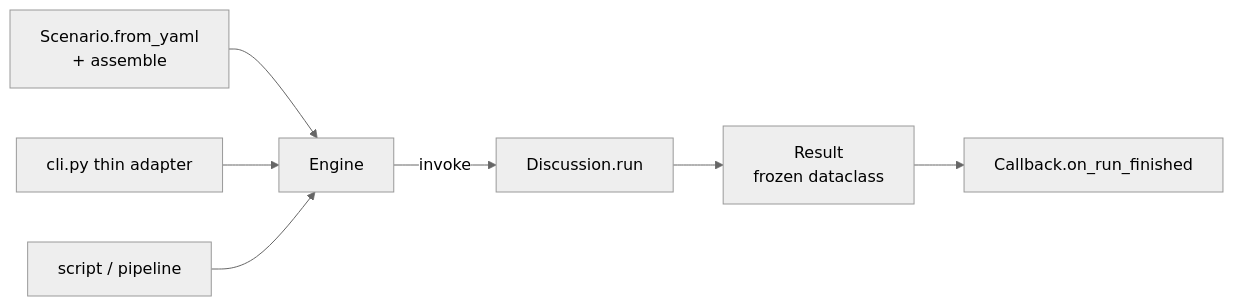
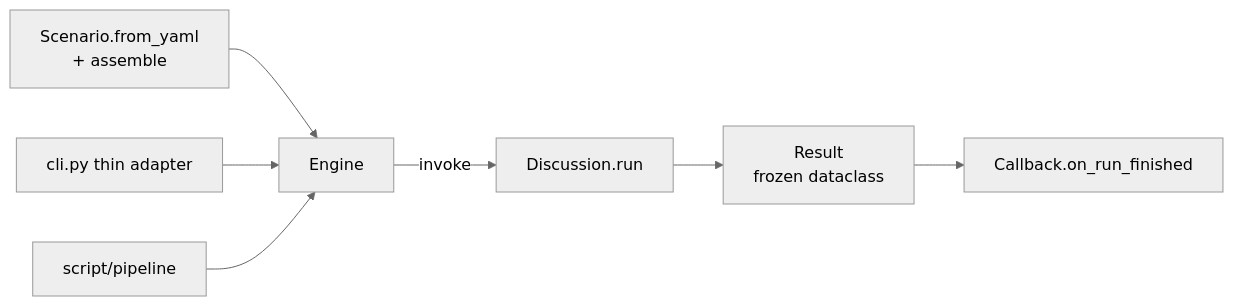
One commit to AndyUneducated/alchemy changed the tenth of 13 diagrams in play/agent_engine/JOURNAL.md. Above: the diagram before and after it, drawn with Mermaid (neutral theme). The commit also changed other lines of this file and 197 other files, not shown here.

````diff
--- a/play/agent_engine/JOURNAL.md
+++ b/play/agent_engine/JOURNAL.md
@@ -412,9 +406,9 @@
 ```mermaid
 flowchart LR
-    SC[Scenario.from_yaml<br/>+ assemble] --> ENG[Engine]
-    CLI[cli.py thin adapter] --> ENG
-    LIB[script / pipeline] --> ENG
-    ENG -->|invoke| DSC[Discussion.run]
-    DSC --> RES[Result<br/>frozen dataclass]
-    RES --> CB[Callback.on_run_finished]
+SC[Scenario.from_yaml<br/>+ assemble] --> ENG[Engine]
+CLI[cli.py thin adapter] --> ENG
+LIB[script/pipeline] --> ENG
+ENG -->|invoke| DSC[Discussion.run]
+DSC --> RES[Result<br/>frozen dataclass]
+RES --> CB[Callback.on_run_finished]
 ```
````
